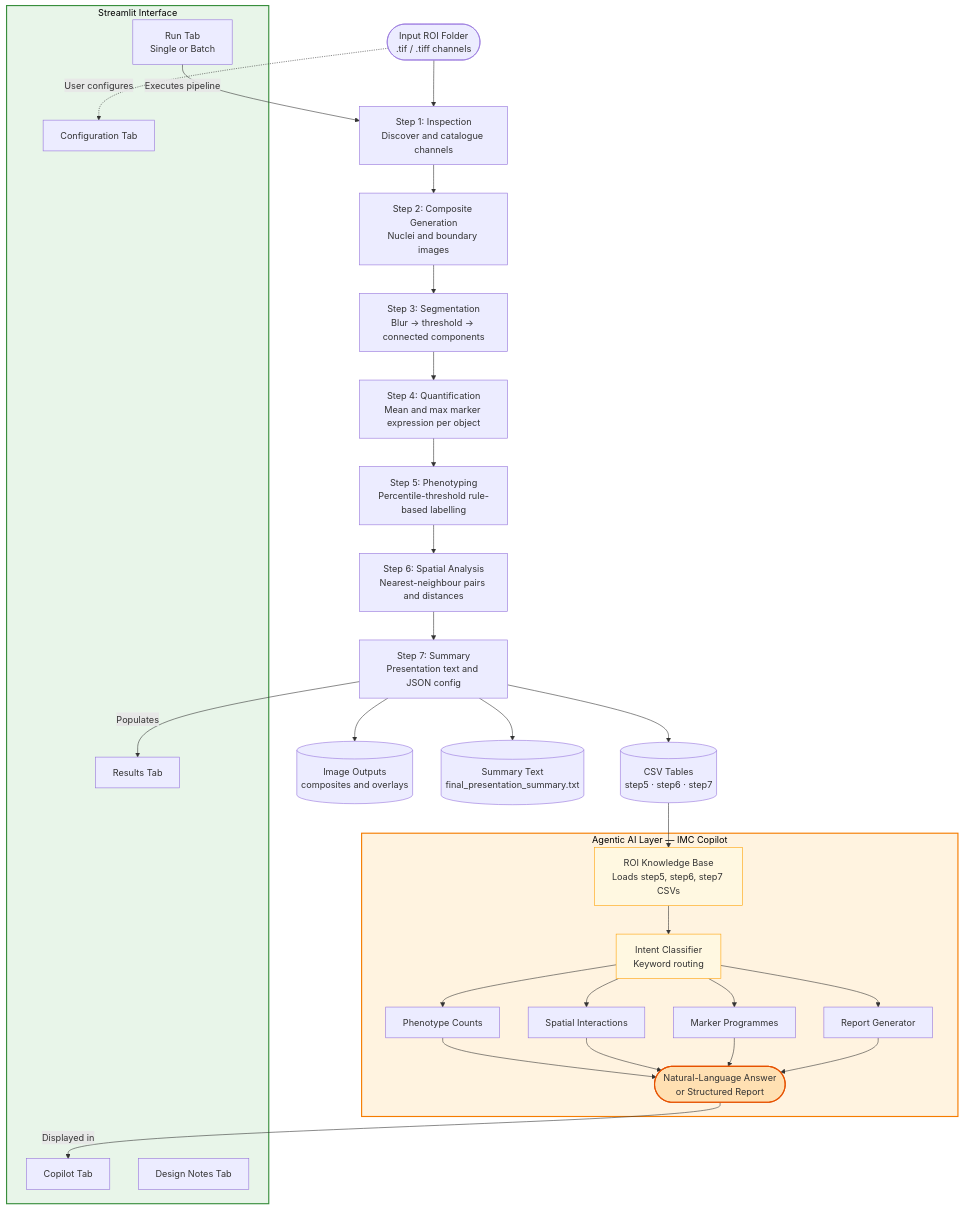
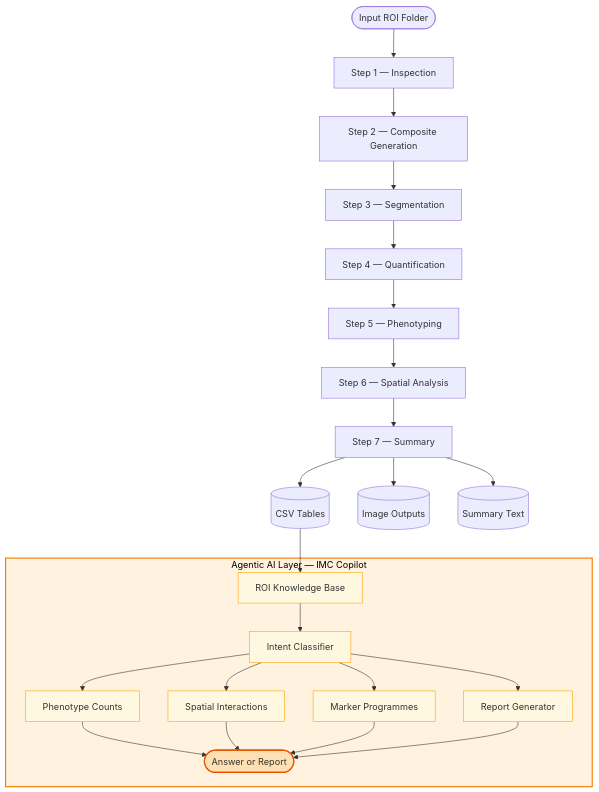
The diagram in README.md (ComputationalPathologyLab/agentimc), drawn with Mermaid before and after one commit. The commit also changed other lines of this file, not shown here.

Commit message:
fix: simplify flowchart labels to single-line, remove UI subgraph and citation

````diff
--- a/README.md
+++ b/README.md
@@ -106,47 +106,35 @@
 ```mermaid
 flowchart TD
-    A([Input ROI Folder<br/>.tif / .tiff channels]) --> B
+    A([Input ROI Folder]) --> B[Step 1 — Inspection]
+    B --> C[Step 2 — Composite Generation]
+    C --> D[Step 3 — Segmentation]
+    D --> E[Step 4 — Quantification]
+    E --> F[Step 5 — Phenotyping]
+    F --> G[Step 6 — Spatial Analysis]
+    G --> H[Step 7 — Summary]
 
-    B["Step 1: Inspection<br/>Discover and catalogue channels"]
-    B --> C["Step 2: Composite Generation<br/>Nuclei and boundary images"]
-    C --> D["Step 3: Segmentation<br/>Blur → threshold → connected components"]
-    D --> E["Step 4: Quantification<br/>Mean and max marker expression per object"]
-    E --> F["Step 5: Phenotyping<br/>Percentile-threshold rule-based labelling"]
-    F --> G["Step 6: Spatial Analysis<br/>Nearest-neighbour pairs and distances"]
-    G --> H["Step 7: Summary<br/>Presentation text and JSON config"]
-
-    H --> OUT1[("CSV Tables<br/>step5 · step6 · step7")]
-    H --> OUT2[("Image Outputs<br/>composites and overlays")]
-    H --> OUT3[("Summary Text<br/>final_presentation_summary.txt")]
+    H --> OUT1[(CSV Tables)]
+    H --> OUT2[(Image Outputs)]
+    H --> OUT3[(Summary Text)]
 
     OUT1 --> KB
 
     subgraph AGENT ["Agentic AI Layer — IMC Copilot"]
-        KB["ROI Knowledge Base<br/>Loads step5, step6, step7 CSVs"]
-        KB --> IC["Intent Classifier<br/>Keyword routing"]
-        IC --> R1["Phenotype Counts"]
-        IC --> R2["Spatial Interactions"]
-        IC --> R3["Marker Programmes"]
-        IC --> R4["Report Generator"]
-        R1 & R2 & R3 & R4 --> ANS(["Natural-Language Answer<br/>or Structured Report"])
+        KB[ROI Knowledge Base]
+        KB --> IC[Intent Classifier]
+        IC --> R1[Phenotype Counts]
+        IC --> R2[Spatial Interactions]
+        IC --> R3[Marker Programmes]
+        IC --> R4[Report Generator]
+        R1 & R2 & R3 & R4 --> ANS([Answer or Report])
     end
 
-    subgraph UI ["Streamlit Interface"]
-        TAB1["Configuration Tab"]
-        TAB2["Run Tab<br/>Single or Batch"]
-        TAB3["Results Tab"]
-        TAB4["Copilot Tab"]
-        TAB5["Design Notes Tab"]
-    end
-
-    A -.->|"User configures"| TAB1
-    TAB2 -->|"Executes pipeline"| B
-    H -->|"Populates"| TAB3
-    ANS -->|"Displayed in"| TAB4
-
     style AGENT fill:#fff3e0,stroke:#f57c00,stroke-width:2px,color:#000
-    style UI fill:#e8f5e9,stroke:#388e3c,stroke-width:2px,color:#000
     style ANS fill:#ffe0b2,stroke:#e65100,stroke-width:2px
     style KB fill:#fff8e1,stroke:#ffa000,stroke-width:1px
     style IC fill:#fff8e1,stroke:#ffa000,stroke-width:1px
+    style R1 fill:#fff8e1,stroke:#ffa000,stroke-width:1px
+    style R2 fill:#fff8e1,stroke:#ffa000,stroke-width:1px
+    style R3 fill:#fff8e1,stroke:#ffa000,stroke-width:1px
+    style R4 fill:#fff8e1,stroke:#ffa000,stroke-width:1px
 ```
````
